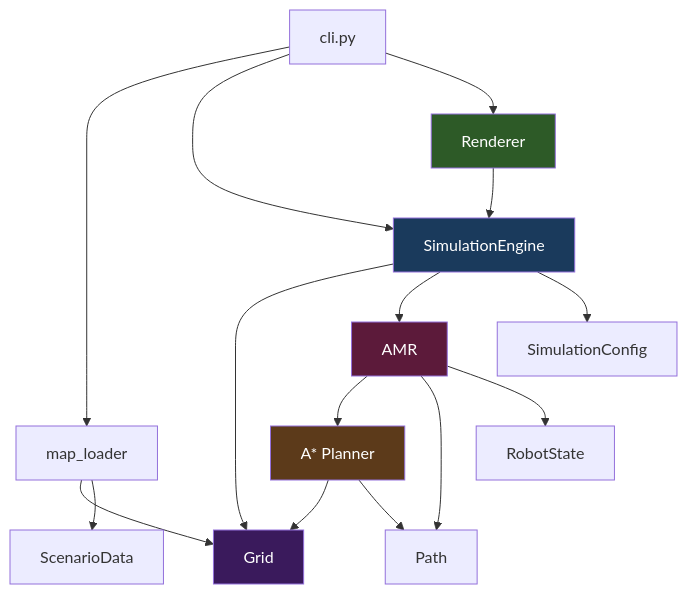
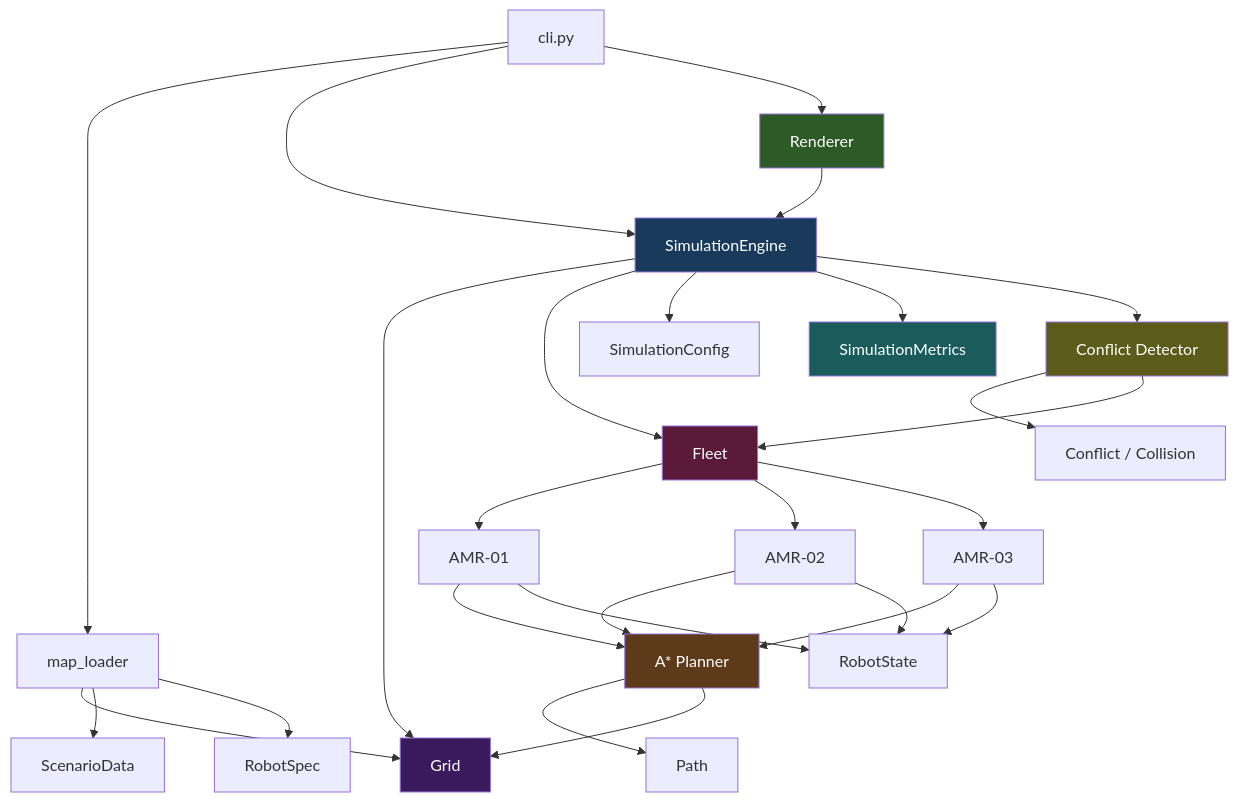
One commit to KuberTheGreat/SwarmOS changed the first of 4 diagrams in docs/architecture.md. Above: the diagram before and after it, drawn with Mermaid. The commit also changed other lines of this file and 17 other files, not shown here.

Commit message:
Phase 2: Multi-AMR simulation and conflict detection

````diff
--- a/docs/architecture.md
+++ b/docs/architecture.md
@@ -15,28 +16,44 @@
 ```mermaid
 graph TD
     CLI[cli.py] --> ML[map_loader]
     CLI --> Engine[SimulationEngine]
     CLI --> Renderer[Renderer]
 
     ML --> Grid[Grid]
     ML --> ScenarioData
+    ML --> RobotSpec
 
     Engine --> Grid
-    Engine --> AMR
+    Engine --> Fleet
     Engine --> Config[SimulationConfig]
+    Engine --> Metrics[SimulationMetrics]
+    Engine --> Detector[Conflict Detector]
 
-    AMR --> Planner[A* Planner]
-    AMR --> PathObj[Path]
-    AMR --> State[RobotState]
+    Fleet --> AMR1[AMR-01]
+    Fleet --> AMR2[AMR-02]
+    Fleet --> AMR3[AMR-03]
 
+    AMR1 --> Planner[A* Planner]
+    AMR2 --> Planner
+    AMR3 --> Planner
+
+    Planner --> PathObj[Path]
     Planner --> Grid
-    Planner --> PathObj
+
+    AMR1 --> State[RobotState]
+    AMR2 --> State
+    AMR3 --> State
+
+    Detector --> ConflictModel["Conflict / Collision"]
+    Detector --> Fleet
 
     Renderer --> Engine
 
     style Renderer fill:#2d5a27,color:#fff
     style Engine fill:#1a3a5c,color:#fff
     style Planner fill:#5c3a1a,color:#fff
     style Grid fill:#3a1a5c,color:#fff
-    style AMR fill:#5c1a3a,color:#fff
+    style Fleet fill:#5c1a3a,color:#fff
+    style Detector fill:#5c5c1a,color:#fff
+    style Metrics fill:#1a5c5c,color:#fff
 ```
````
